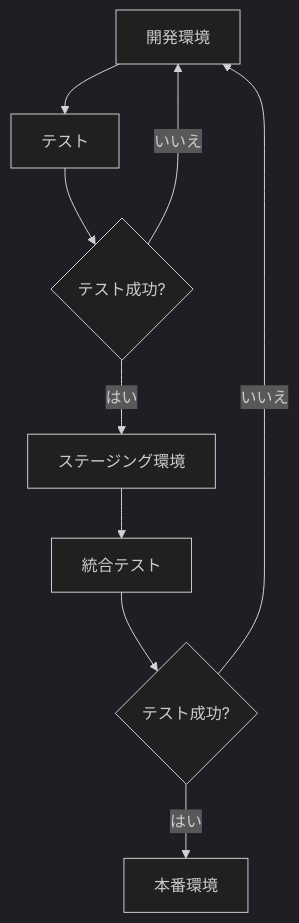
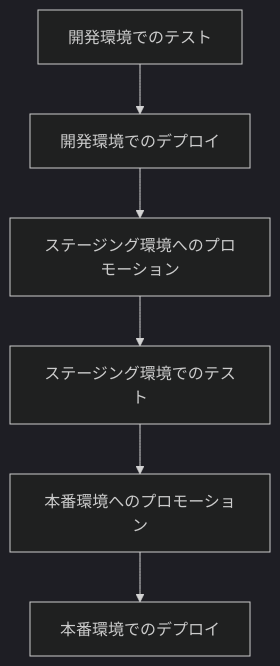
Before and after one commit to bufferings/devin-docs: the diagram in ecspresso/practical/multi-env.md, drawn with Mermaid (dark theme). The commit also changed other lines of this file and 32 other files, not shown here.

````diff
--- a/ecspresso/practical/multi-env.md
+++ b/ecspresso/practical/multi-env.md
@@ -134,11 +257,8 @@
 ```mermaid
 graph TD
-    A[開発環境] --> B[テスト]
-    B --> C{テスト成功?}
-    C -->|はい| D[ステージング環境]
-    C -->|いいえ| A
-    D --> E[統合テスト]
-    E --> F{テスト成功?}
-    F -->|はい| G[本番環境]
-    F -->|いいえ| A
+    A[開発環境でのテスト] --> B[開発環境でのデプロイ]
+    B --> C[ステージング環境へのプロモーション]
+    C --> D[ステージング環境でのテスト]
+    D --> E[本番環境へのプロモーション]
+    E --> F[本番環境でのデプロイ]
 ```
````
